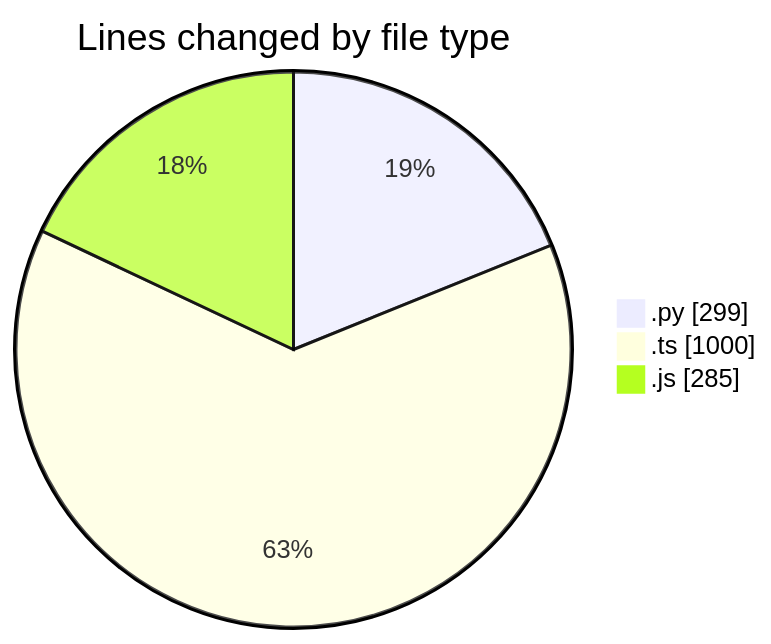
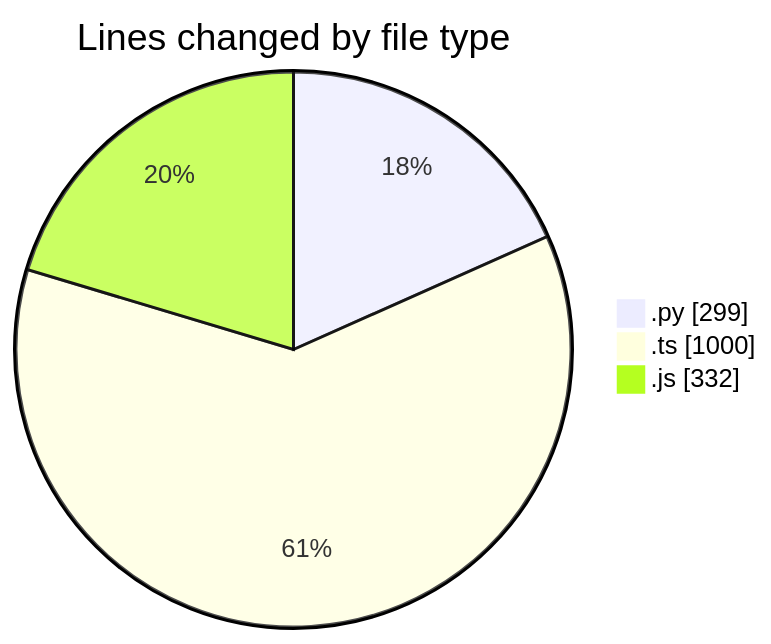
The first of 2 diagrams in 2026-07-24/cda/README.md (momahboobian/code-tracking), drawn with Mermaid before and after one commit. The commit also changed other lines of this file and 1 other file, not shown here.

````diff
--- a/2026-07-24/cda/README.md
+++ b/2026-07-24/cda/README.md
@@ -28,7 +29,7 @@
 ```mermaid
 pie showData
 title Lines changed by file type
 ".py" : 299
 ".ts" : 1000
-".js" : 285
+".js" : 332
 ```
````
